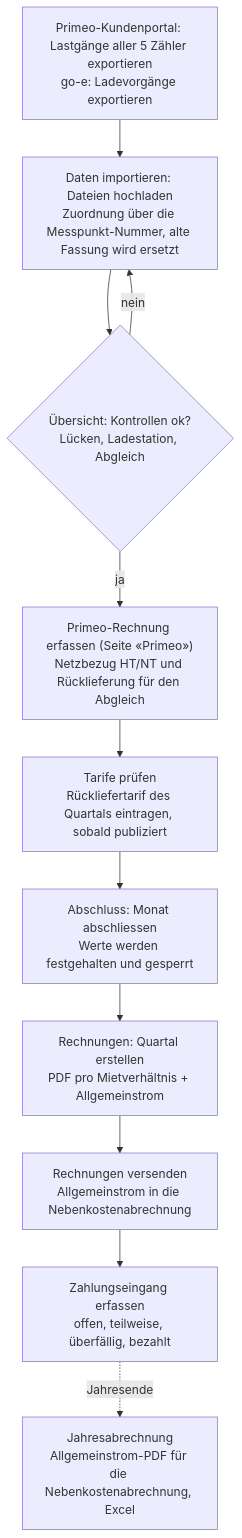
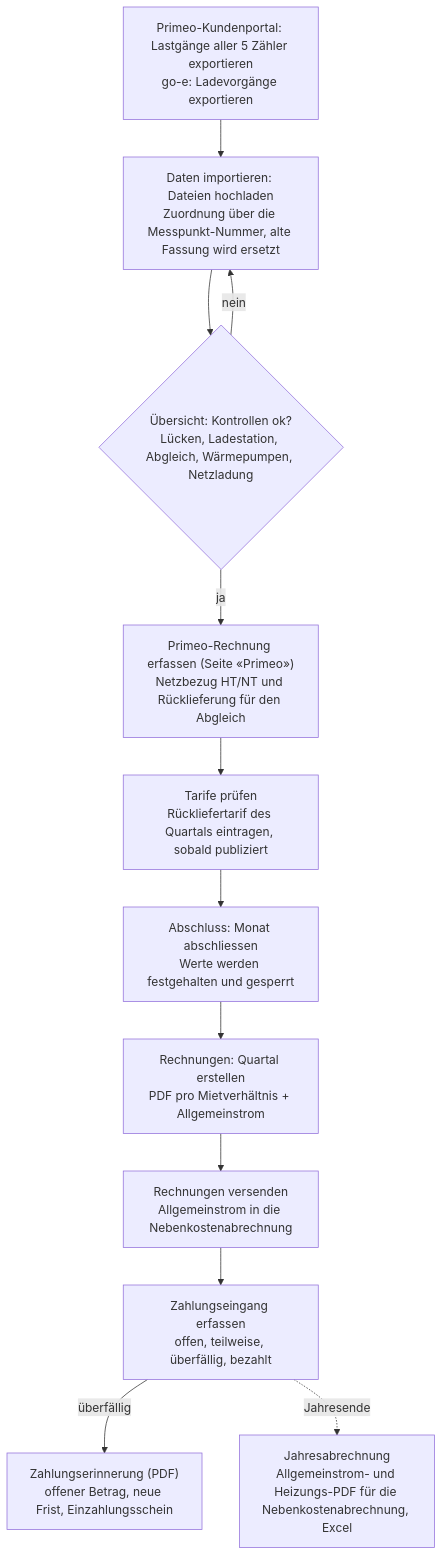
The diagram in docs/prozess-monatlich.mmd (khu1985/vzev-ha), drawn with Mermaid before and after one commit. The commit also changed 7 other files, not shown here.

Commit message:
Doku: Sensoren, Aufgaben-Assistent, Erinnerung, Sicherung, Wärmepumpen in README und Grafiken

```diff
--- a/docs/prozess-monatlich.mmd
+++ b/docs/prozess-monatlich.mmd
@@ -1,11 +1,12 @@
 flowchart TD
     A["Primeo-Kundenportal: Lastgänge aller 5 Zähler exportieren<br/>go-e: Ladevorgänge exportieren"] --> B["Daten importieren: Dateien hochladen<br/>Zuordnung über die Messpunkt-Nummer, alte Fassung wird ersetzt"]
-    B --> C{"Übersicht: Kontrollen ok?<br/>Lücken, Ladestation, Abgleich"}
+    B --> C{"Übersicht: Kontrollen ok?<br/>Lücken, Ladestation, Abgleich, Wärmepumpen, Netzladung"}
     C -- nein --> B
     C -- ja --> D["Primeo-Rechnung erfassen (Seite «Primeo»)<br/>Netzbezug HT/NT und Rücklieferung für den Abgleich"]
     D --> E["Tarife prüfen<br/>Rückliefertarif des Quartals eintragen, sobald publiziert"]
     E --> F["Abschluss: Monat abschliessen<br/>Werte werden festgehalten und gesperrt"]
     F --> G["Rechnungen: Quartal erstellen<br/>PDF pro Mietverhältnis + Allgemeinstrom"]
     G --> H["Rechnungen versenden<br/>Allgemeinstrom in die Nebenkostenabrechnung"]
     H --> Z["Zahlungseingang erfassen<br/>offen, teilweise, überfällig, bezahlt"]
-    Z -. "Jahresende" .-> J["Jahresabrechnung<br/>Allgemeinstrom-PDF für die Nebenkostenabrechnung, Excel"]
+    Z -- überfällig --> ER["Zahlungserinnerung (PDF)<br/>offener Betrag, neue Frist, Einzahlungsschein"]
+    Z -. "Jahresende" .-> J["Jahresabrechnung<br/>Allgemeinstrom- und Heizungs-PDF für die Nebenkostenabrechnung, Excel"]
```
